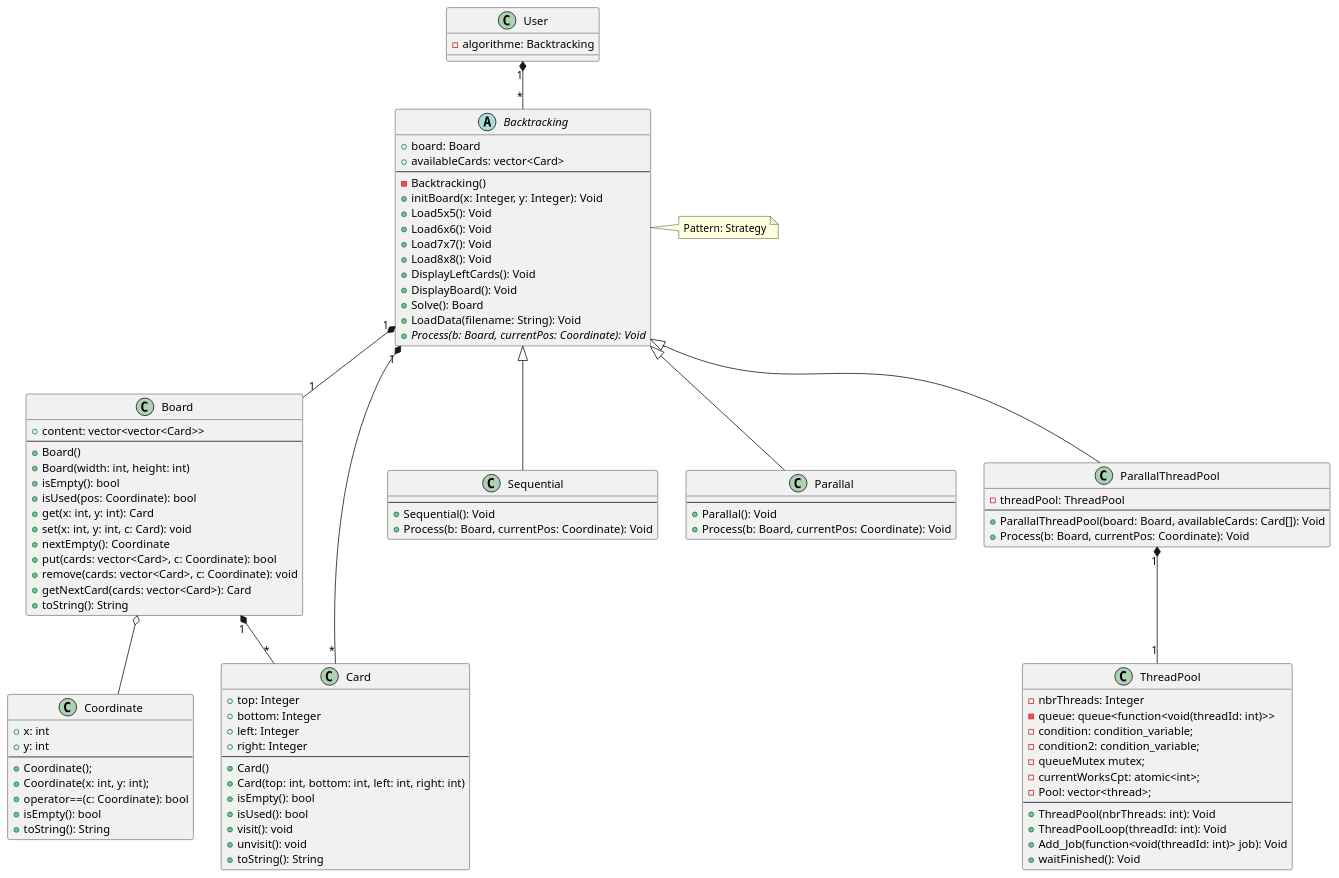
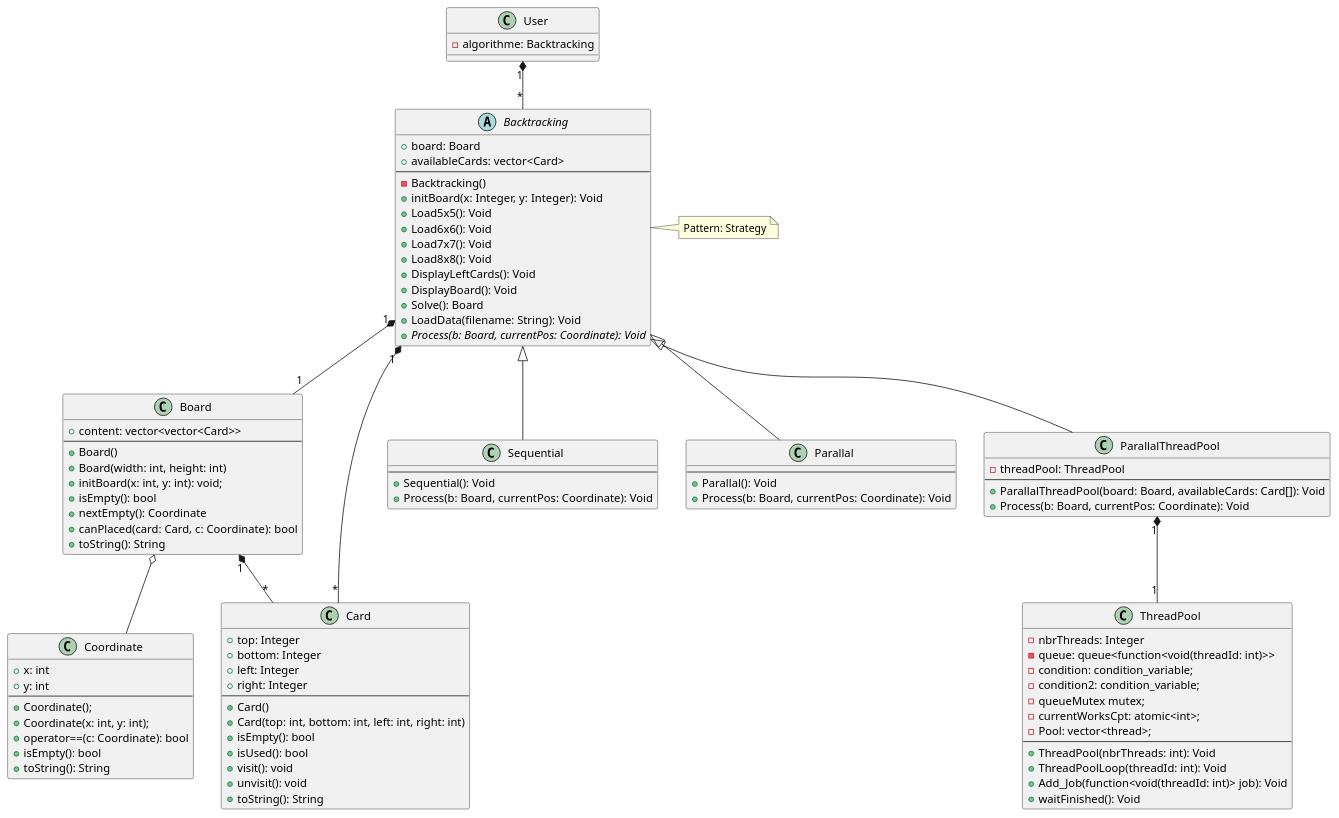
The diagram in modelisation/OverviewClasses.plantuml (qanastek/Concurency-Tetravex), drawn with PlantUML before and after one commit. The commit also changed 20 other files, not shown here.

```diff
--- a/modelisation/OverviewClasses.plantuml
+++ b/modelisation/OverviewClasses.plantuml
@@ -1,109 +1,105 @@
 @startuml Overview
 
 class User {
     - algorithme: Backtracking
 }
 User "1" *-- "*" Backtracking
 
 class Board {
     + content: vector<vector<Card>>
     ---
     + Board()
     + Board(width: int, height: int)
+    + initBoard(x: int, y: int): void;
     + isEmpty(): bool
-    + isUsed(pos: Coordinate): bool
-    + get(x: int, y: int): Card
-    + set(x: int, y: int, c: Card): void
     + nextEmpty(): Coordinate
-    + put(cards: vector<Card>, c: Coordinate): bool
-    + remove(cards: vector<Card>, c: Coordinate): void
-    + getNextCard(cards: vector<Card>): Card
+    + canPlaced(card: Card, c: Coordinate): bool
     + toString(): String
 }
 Board o-- Coordinate
 Board "1" *-- "*" Card
 
 class Card {
     + top: Integer
     + bottom: Integer
     + left: Integer
     + right: Integer
     ---
     + Card()
     + Card(top: int, bottom: int, left: int, right: int)
     + isEmpty(): bool
     + isUsed(): bool
     + visit(): void
     + unvisit(): void
     + toString(): String
 }
 
 abstract class Backtracking {
     + board: Board
     + availableCards: vector<Card>
     ---
     - Backtracking()
     + initBoard(x: Integer, y: Integer): Void
     + Load5x5(): Void
     + Load6x6(): Void
     + Load7x7(): Void
     + Load8x8(): Void
     + DisplayLeftCards(): Void
     + DisplayBoard(): Void
     + Solve(): Board
     + LoadData(filename: String): Void
     + {abstract} Process(b: Board, currentPos: Coordinate): Void
 }
 note right of Backtracking
 Pattern: Strategy
 end note
 Backtracking "1" *-- "1" Board
 Backtracking "1" *-- "*" Card
 
 class Sequential extends Backtracking {
     ---
     + Sequential(): Void
     + Process(b: Board, currentPos: Coordinate): Void
 }
 
 class Parallal extends Backtracking {
     ---
     + Parallal(): Void
     + Process(b: Board, currentPos: Coordinate): Void
 }
 
 class ParallalThreadPool extends Backtracking {
     - threadPool: ThreadPool
     ---
     + ParallalThreadPool(board: Board, availableCards: Card[]): Void
     + Process(b: Board, currentPos: Coordinate): Void
 }
 
 class ThreadPool {
     - nbrThreads: Integer
     - queue: queue<function<void(threadId: int)>>
     - condition: condition_variable;
     - condition2: condition_variable;
     - queueMutex mutex;
     - currentWorksCpt: atomic<int>;
     - Pool: vector<thread>;
     ---
     + ThreadPool(nbrThreads: int): Void
     + ThreadPoolLoop(threadId: int): Void
     + Add_Job(function<void(threadId: int)> job): Void
     + waitFinished(): Void
 }
 ParallalThreadPool "1" *-- "1" ThreadPool
 
 class Coordinate {
     + x: int
     + y: int
     ---
     + Coordinate();
     + Coordinate(x: int, y: int);
     + operator==(c: Coordinate): bool
     + isEmpty(): bool
     + toString(): String
 }
 
 @enduml
```
